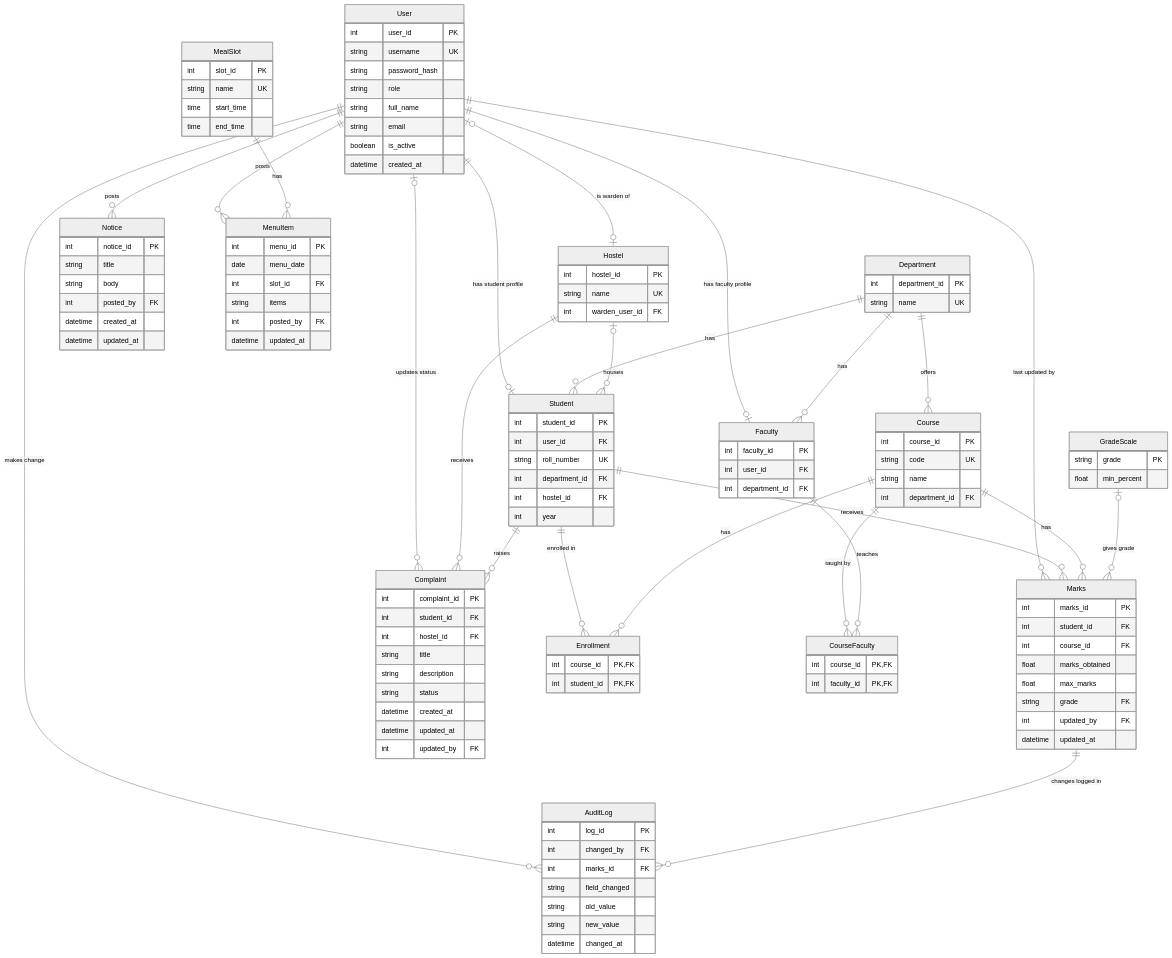
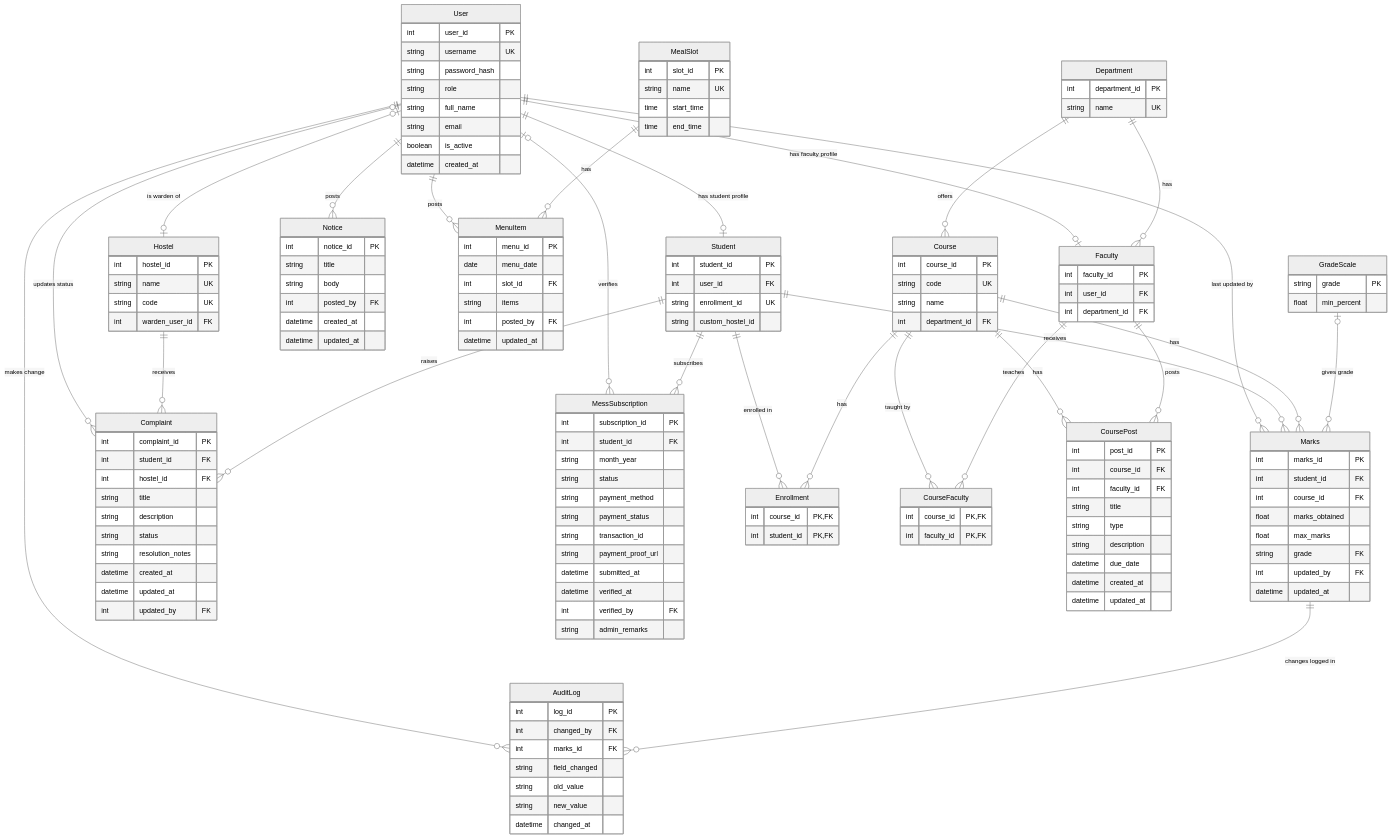
One commit to hansikamalik/UniConnect changed the diagram in docs/design/er-diagram.md. Above: the diagram before and after it, drawn with Mermaid (neutral theme). The commit also changed other lines of this file and 9 other files, not shown here.

````diff
--- a/docs/design/er-diagram.md
+++ b/docs/design/er-diagram.md
@@ -18,23 +18,25 @@
     User ||--o{ Marks : "last updated by"
     User ||--o{ AuditLog : "makes change"
     User |o--o{ Complaint : "updates status"
+    User |o--o{ MessSubscription : "verifies"
 
-    Department ||--o{ Student : "has"
     Department ||--o{ Faculty : "has"
     Department ||--o{ Course : "offers"
 
-    Hostel |o--o{ Student : "houses"
     Hostel ||--o{ Complaint : "receives"
 
     Student ||--o{ Complaint : "raises"
     Student ||--o{ Enrollment : "enrolled in"
     Student ||--o{ Marks : "receives"
+    Student ||--o{ MessSubscription : "subscribes"
 
     Course ||--o{ Enrollment : "has"
     Course ||--o{ CourseFaculty : "taught by"
     Course ||--o{ Marks : "has"
+    Course ||--o{ CoursePost : "has"
 
     Faculty ||--o{ CourseFaculty : "teaches"
+    Faculty ||--o{ CoursePost : "posts"
 
     GradeScale |o--o{ Marks : "gives grade"
     Marks ||--o{ AuditLog : "changes logged in"
@@ -54,10 +56,8 @@
     Student {
         int student_id PK
         int user_id FK
-        string roll_number UK
-        int department_id FK
-        int hostel_id FK
-        int year
+        string enrollment_id UK
+        string custom_hostel_id
     }
     Faculty {
         int faculty_id PK
@@ -71,6 +71,7 @@
     Hostel {
         int hostel_id PK
         string name UK
+        string code UK
         int warden_user_id FK
     }
     Course {
@@ -125,6 +126,7 @@
         string title
         string description
         string status
+        string resolution_notes
         datetime created_at
         datetime updated_at
         int updated_by FK
@@ -143,4 +145,29 @@
         int posted_by FK
         datetime updated_at
     }
+    MessSubscription {
+        int subscription_id PK
+        int student_id FK
+        string month_year
+        string status
+        string payment_method
+        string payment_status
+        string transaction_id
+        string payment_proof_url
+        datetime submitted_at
+        datetime verified_at
+        int verified_by FK
+        string admin_remarks
+    }
+    CoursePost {
+        int post_id PK
+        int course_id FK
+        int faculty_id FK
+        string title
+        string type
+        string description
+        datetime due_date
+        datetime created_at
+        datetime updated_at
+    }
 ```
````
